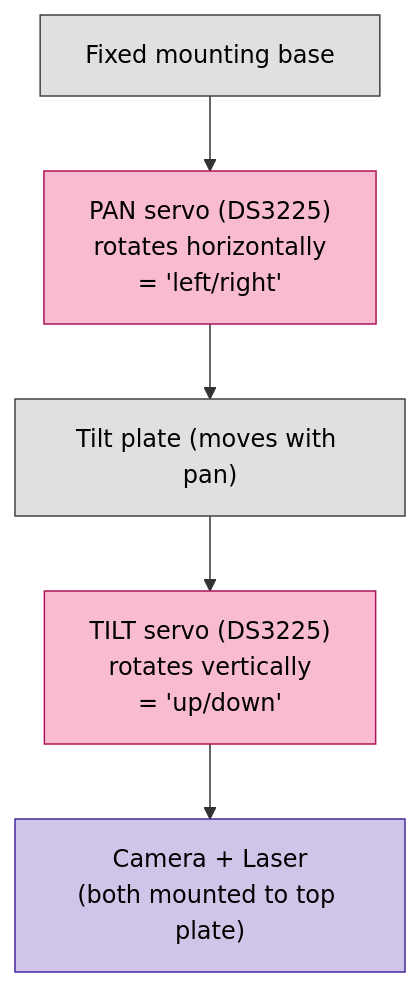
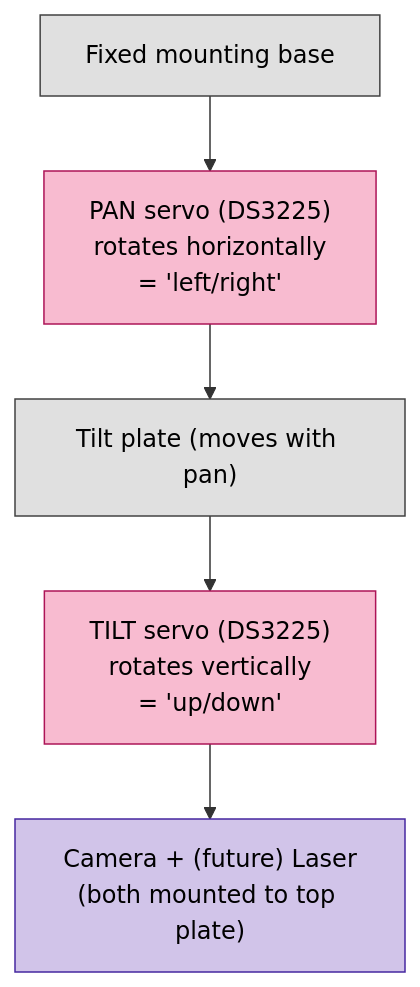
The seventh of 7 diagrams in docs/circuit-diagram.md (Adamzvulun/pi), drawn with Mermaid before and after one commit. The commit also changed other lines of this file and 10 other files, not shown here.

````diff
--- a/docs/circuit-diagram.md
+++ b/docs/circuit-diagram.md
@@ -289,17 +311,17 @@
 ```mermaid
 flowchart TB
     classDef base fill:#e0e0e0,stroke:#424242,color:#000
     classDef servo fill:#f8bbd0,stroke:#ad1457,color:#000
     classDef payload fill:#d1c4e9,stroke:#4527a0,color:#000
 
     Base["Fixed mounting base"]:::base
     Pan["PAN servo (DS3225)<br/>rotates horizontally<br/>= 'left/right'"]:::servo
     TiltPlate["Tilt plate (moves with pan)"]:::base
     Tilt["TILT servo (DS3225)<br/>rotates vertically<br/>= 'up/down'"]:::servo
-    Payload["Camera + Laser<br/>(both mounted to top plate)"]:::payload
+    Payload["Camera + (future) Laser<br/>(both mounted to top plate)"]:::payload
 
     Base --> Pan
     Pan --> TiltPlate
     TiltPlate --> Tilt
     Tilt --> Payload
 ```
````
